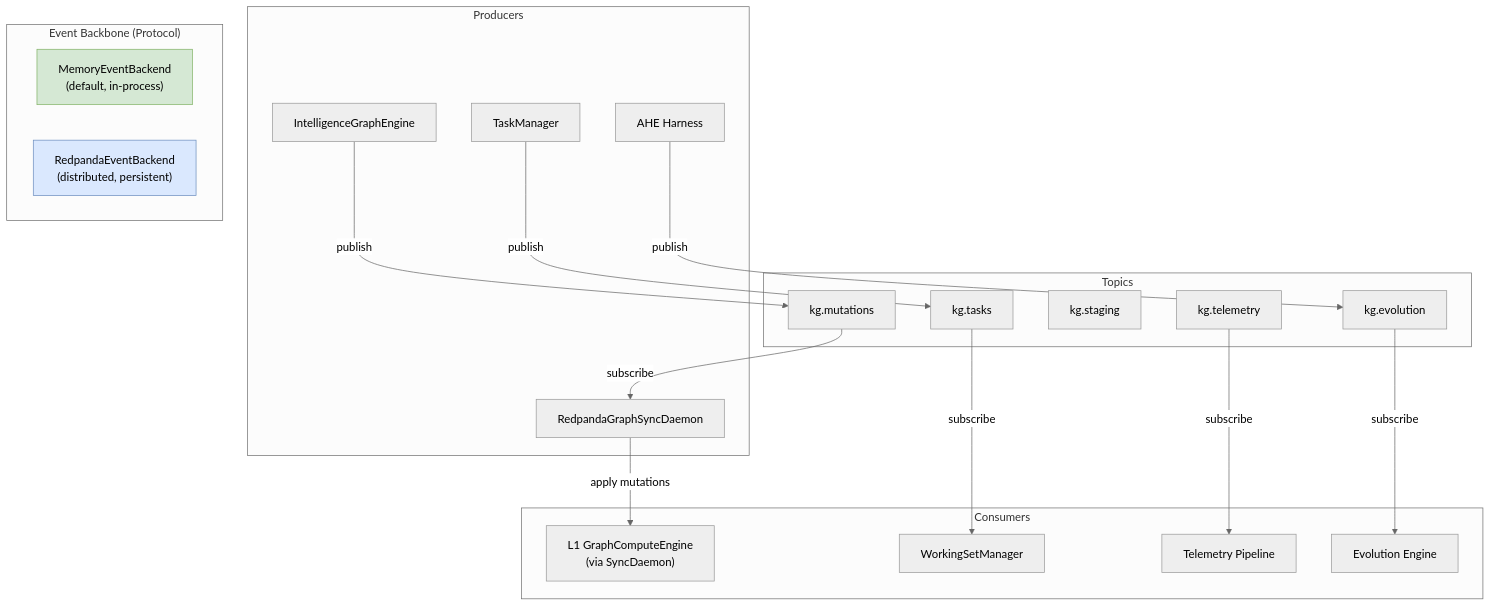
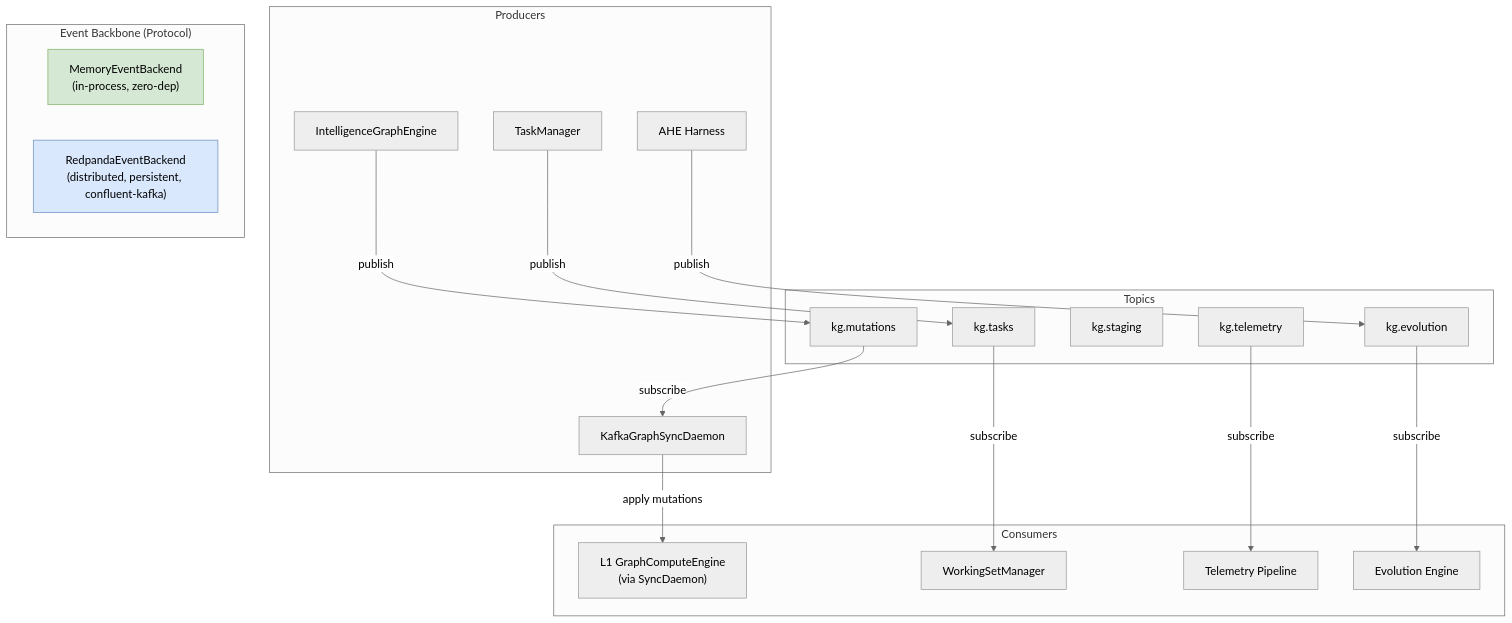
The first of 2 diagrams in docs/architecture/event_backbone_architecture.md (Knuckles-Team/agent-utilities), drawn with Mermaid (neutral theme) before and after one commit. The commit also changed other lines of this file and 556 other files, not shown here.

````diff
--- a/docs/architecture/event_backbone_architecture.md
+++ b/docs/architecture/event_backbone_architecture.md
@@ -14,41 +14,41 @@
 ```mermaid
 graph TD
     subgraph Producers
         IGE["IntelligenceGraphEngine"]
         TM["TaskManager"]
         AHE["AHE Harness"]
-        SYNC["RedpandaGraphSyncDaemon"]
+        SYNC["KafkaGraphSyncDaemon"]
     end
 
     subgraph EventBackend["Event Backbone (Protocol)"]
-        MEB["MemoryEventBackend<br/>(default, in-process)"]
-        KEB["RedpandaEventBackend<br/>(distributed, persistent)"]
+        MEB["MemoryEventBackend<br/>(in-process, zero-dep)"]
+        KEB["RedpandaEventBackend<br/>(distributed, persistent, confluent-kafka)"]
     end
 
     subgraph Topics
         T1["kg.mutations"]
         T2["kg.tasks"]
         T3["kg.staging"]
         T4["kg.telemetry"]
         T5["kg.evolution"]
     end
 
     subgraph Consumers
         L1["L1 GraphComputeEngine<br/>(via SyncDaemon)"]
         WSM["WorkingSetManager"]
         TELE["Telemetry Pipeline"]
         EVOL["Evolution Engine"]
     end
 
     IGE -->|publish| T1
     TM -->|publish| T2
     AHE -->|publish| T5
     T1 -->|subscribe| SYNC
     SYNC -->|apply mutations| L1
     T2 -->|subscribe| WSM
     T4 -->|subscribe| TELE
     T5 -->|subscribe| EVOL
 
     style MEB fill:#d5e8d4,stroke:#82b366
     style KEB fill:#dae8fe,stroke:#6c8ebf
 ```
````
